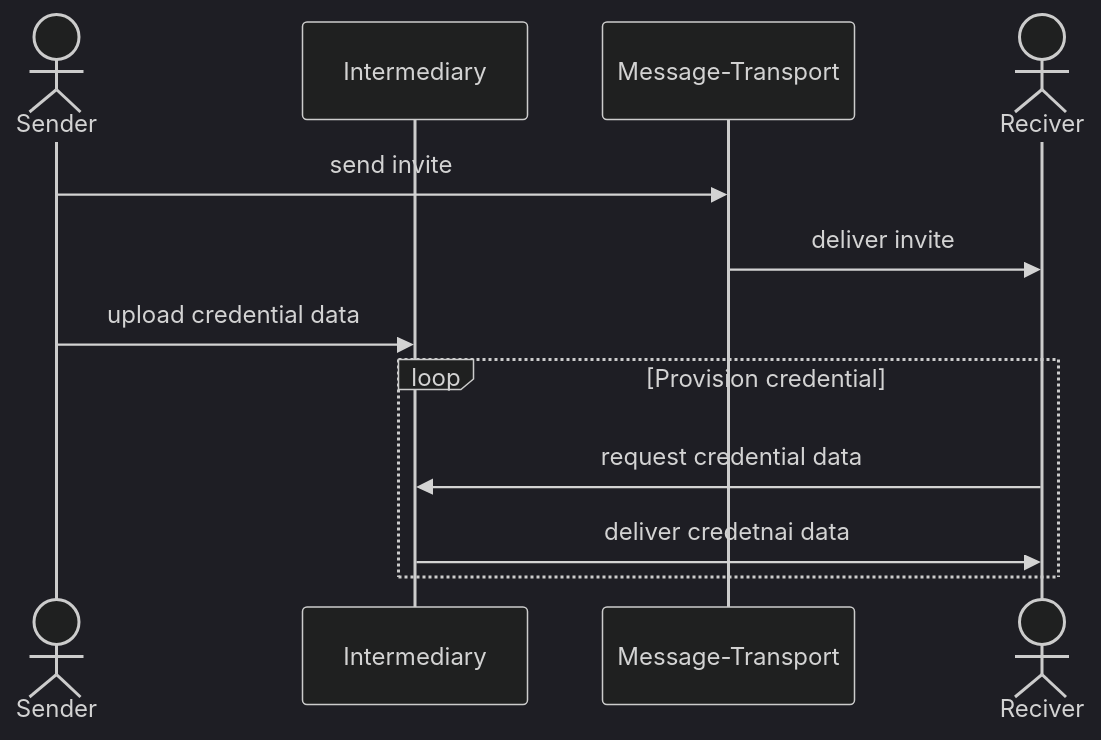
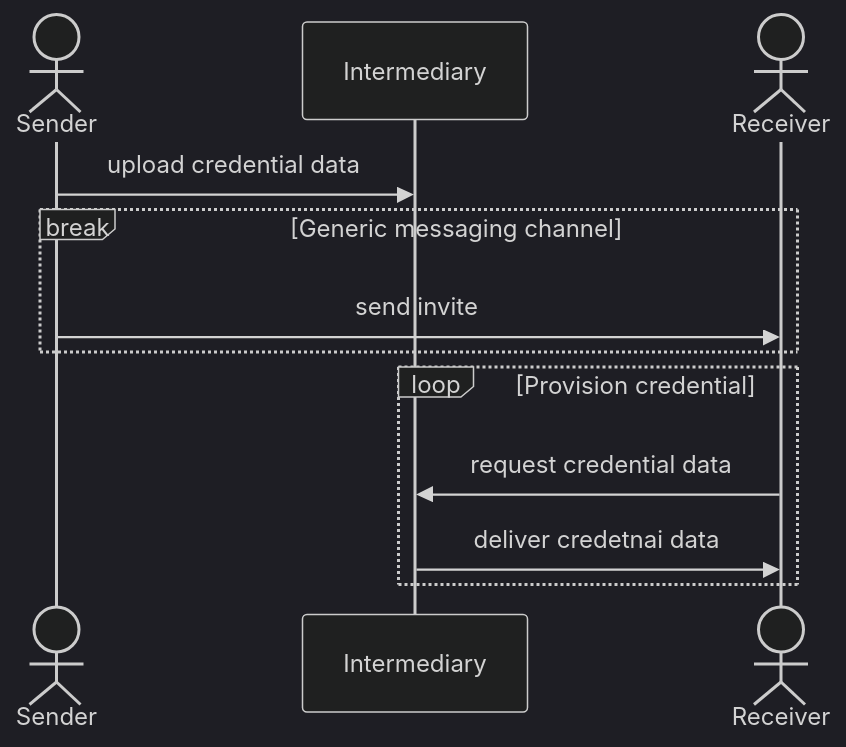
One commit to dimmyvi/tigress-requirements changed the diagram in draft-tigress-requirements.md. Above: the diagram before and after it, drawn with Mermaid (dark theme).

````diff
--- a/draft-tigress-requirements.md
+++ b/draft-tigress-requirements.md
@@ -134,14 +134,14 @@
 ```mermaid
 sequenceDiagram
     actor S as Sender
     participant I as Intermediary
-    participant M as Message-Transport
-    actor R as Reciver
-    S ->> M : send invite
-    M ->> R : deliver invite
+    actor R as Receiver
     S ->> I : upload credential data
+    break Generic messaging channel
+      S ->> R : send invite
+    end
     Loop Provision credential
       R ->> I : request credential data
       I ->> R : deliver credetnai data
     end
 ```
````
